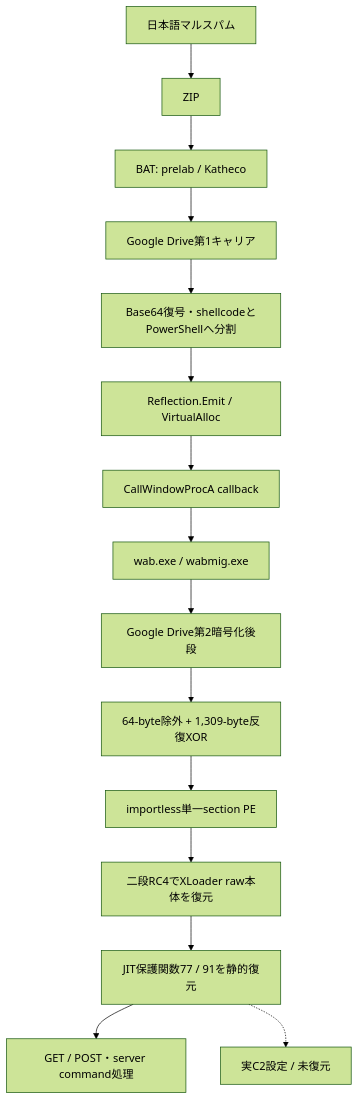
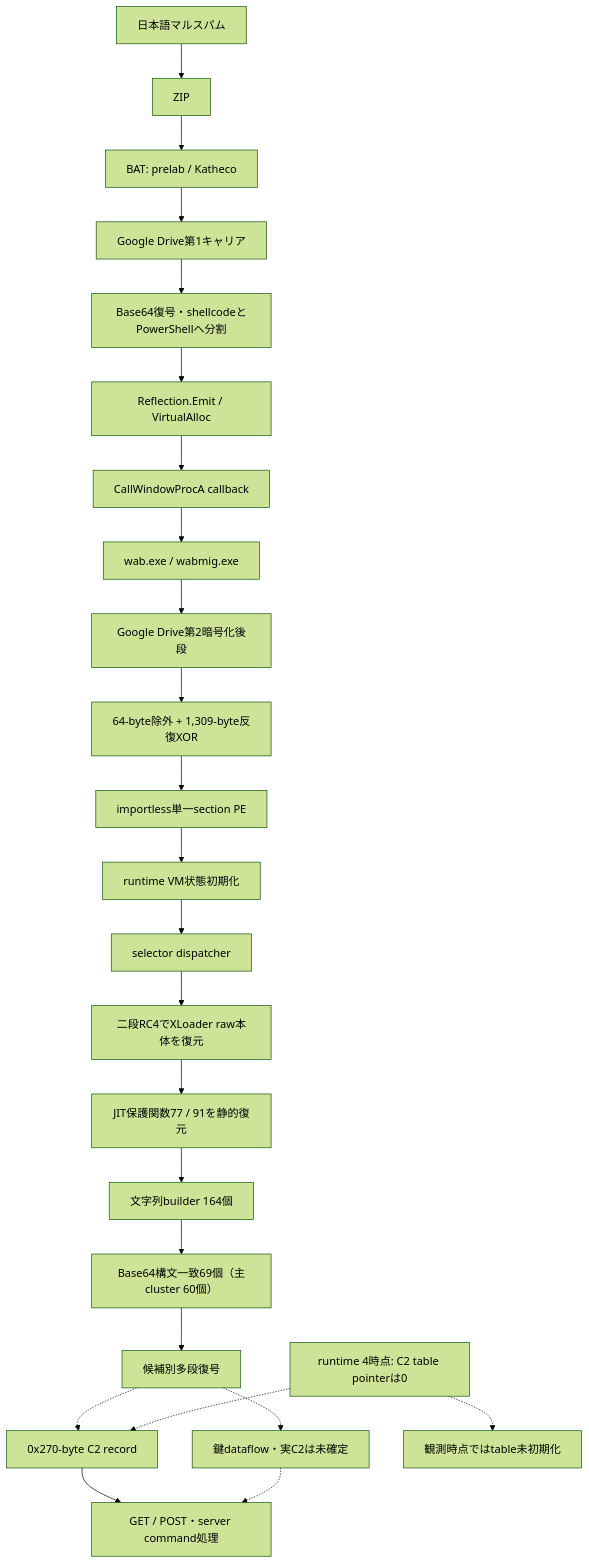
Before and after one commit to proshiba/AI-security-analysis: the first of 4 diagrams in analysis-results/malware/guloader/versions/unknown/cases/8d96249aa92bee27d9ac8ffa8e32e3f8dd3a5c77cbe541b1d0cc97f37e962a1e/OVERALL-LOGIC.md, drawn with Mermaid (forest theme). The commit also changed other lines of this file and 43 other files, not shown here.

````diff
--- a/analysis-results/malware/guloader/versions/unknown/cases/8d96249aa92bee27d9ac8ffa8e32e3f8dd3a5c77cbe541b1d0cc97f37e962a1e/OVERALL-LOGIC.md
+++ b/analysis-results/malware/guloader/versions/unknown/cases/8d96249aa92bee27d9ac8ffa8e32e3f8dd3a5c77cbe541b1d0cc97f37e962a1e/OVERALL-LOGIC.md
@@ -5,17 +5,26 @@
 ```mermaid
 flowchart TD
     mail["日本語マルスパム"] --> zip["ZIP"]
     zip --> bat["BAT: prelab / Katheco"]
     bat --> carrier["Google Drive第1キャリア"]
     carrier --> split["Base64復号・shellcodeとPowerShellへ分割"]
     split --> loader["Reflection.Emit / VirtualAlloc"]
     loader --> callback["CallWindowProcA callback"]
     callback --> host["wab.exe / wabmig.exe"]
     host --> second["Google Drive第2暗号化後段"]
     second --> protected["64-byte除外 + 1,309-byte反復XOR"]
     protected --> pe["importless単一section PE"]
-    pe --> inner["二段RC4でXLoader raw本体を復元"]
+    pe --> vm_init["runtime VM状態初期化"]
+    vm_init --> vm_dispatch["selector dispatcher"]
+    vm_dispatch --> inner["二段RC4でXLoader raw本体を復元"]
     inner --> jit["JIT保護関数77 / 91を静的復元"]
-    jit --> net["GET / POST・server command処理"]
-    jit -.-> config["実C2設定 / 未復元"]
+    jit --> builders["文字列builder 164個"]
+    builders --> b64["Base64構文一致69個（主cluster 60個）"]
+    b64 --> keys["候補別多段復号"]
+    keys -.-> record["0x270-byte C2 record"]
+    record --> net["GET / POST・server command処理"]
+    keys -.-> config["鍵dataflow・実C2は未確定"]
+    config -.-> net
+    snapshot["runtime 4時点: C2 table pointerは0"] -.-> record
+    snapshot -.-> missing["観測時点ではtable未初期化"]
 ```
````
